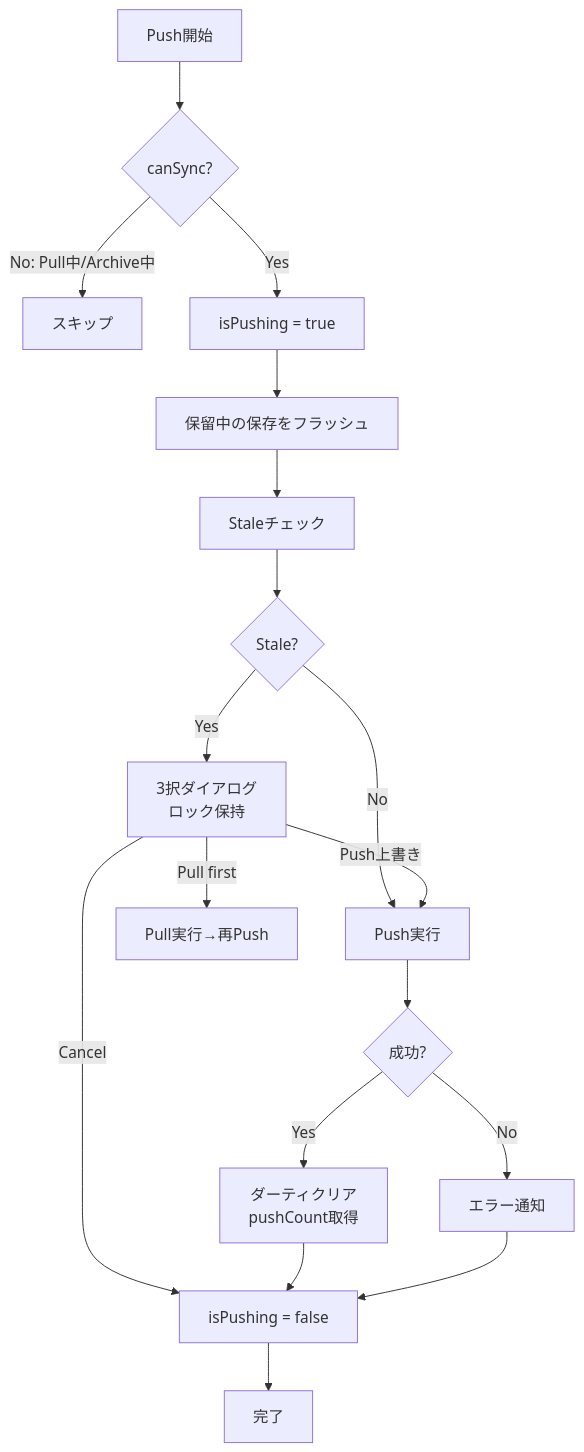
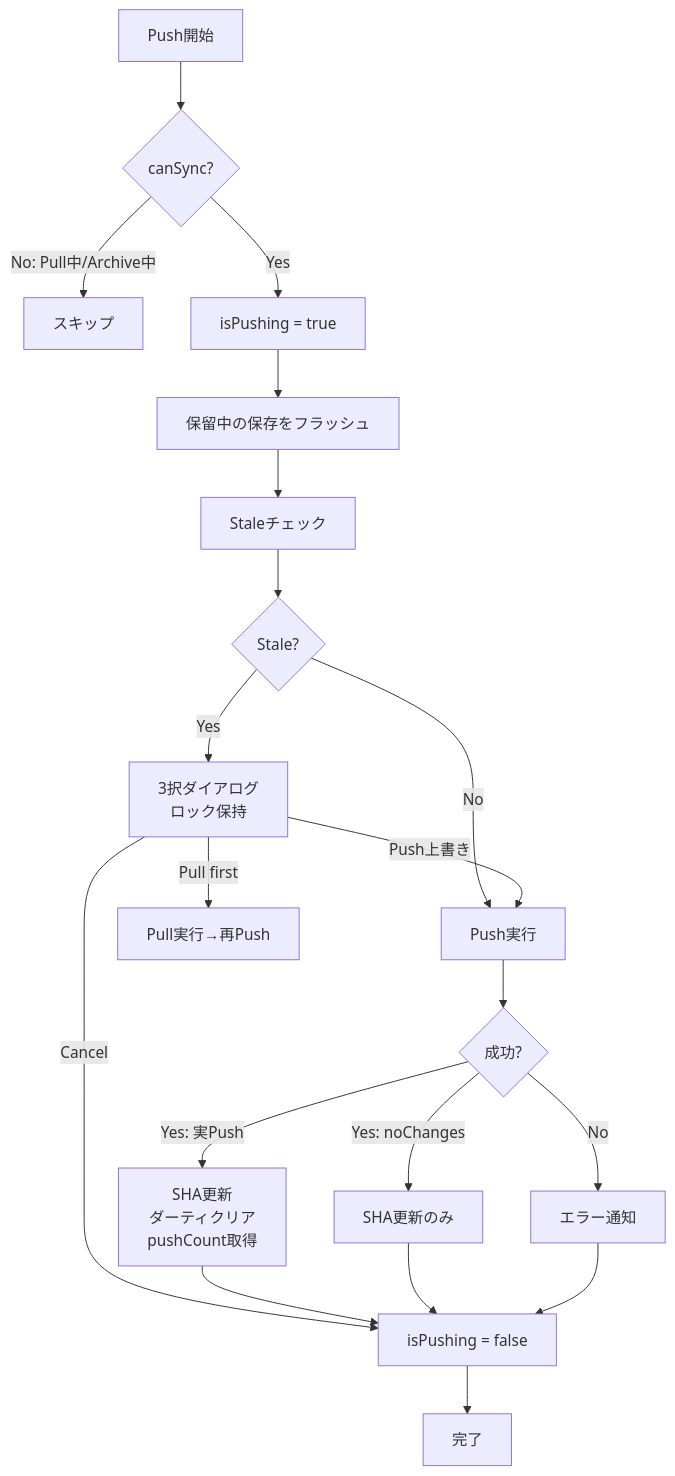
Before and after one commit to kako-jun/agasteer: the first of 6 diagrams in docs/development/sync/push-pull.md, drawn with Mermaid. The commit also changed other lines of this file and 3 other files, not shown here.

````diff
--- a/docs/development/sync/push-pull.md
+++ b/docs/development/sync/push-pull.md
@@ -51,20 +51,22 @@
 ```mermaid
 flowchart TD
     Start[Push開始] --> Check1{canSync?}
     Check1 -->|No: Pull中/Archive中| End1[スキップ]
     Check1 -->|Yes| Lock[isPushing = true]
     Lock --> Flush[保留中の保存をフラッシュ]
     Flush --> Stale[Staleチェック]
     Stale --> Check2{Stale?}
     Check2 -->|Yes| Confirm[3択ダイアログ<br/>ロック保持]
     Check2 -->|No| Push
     Confirm -->|Pull first| PullFirst[Pull実行→再Push]
     Confirm -->|Push上書き| Push[Push実行]
     Confirm -->|Cancel| Unlock
     Push --> Success{成功?}
-    Success -->|Yes| Clear[ダーティクリア<br/>pushCount取得]
+    Success -->|Yes: 実Push| Clear[SHA更新<br/>ダーティクリア<br/>pushCount取得]
+    Success -->|Yes: noChanges| ShaOnly[SHA更新のみ]
     Success -->|No| Notify[エラー通知]
     Clear --> Unlock[isPushing = false]
+    ShaOnly --> Unlock
     Notify --> Unlock
     Unlock --> End2[完了]
 ```
````
